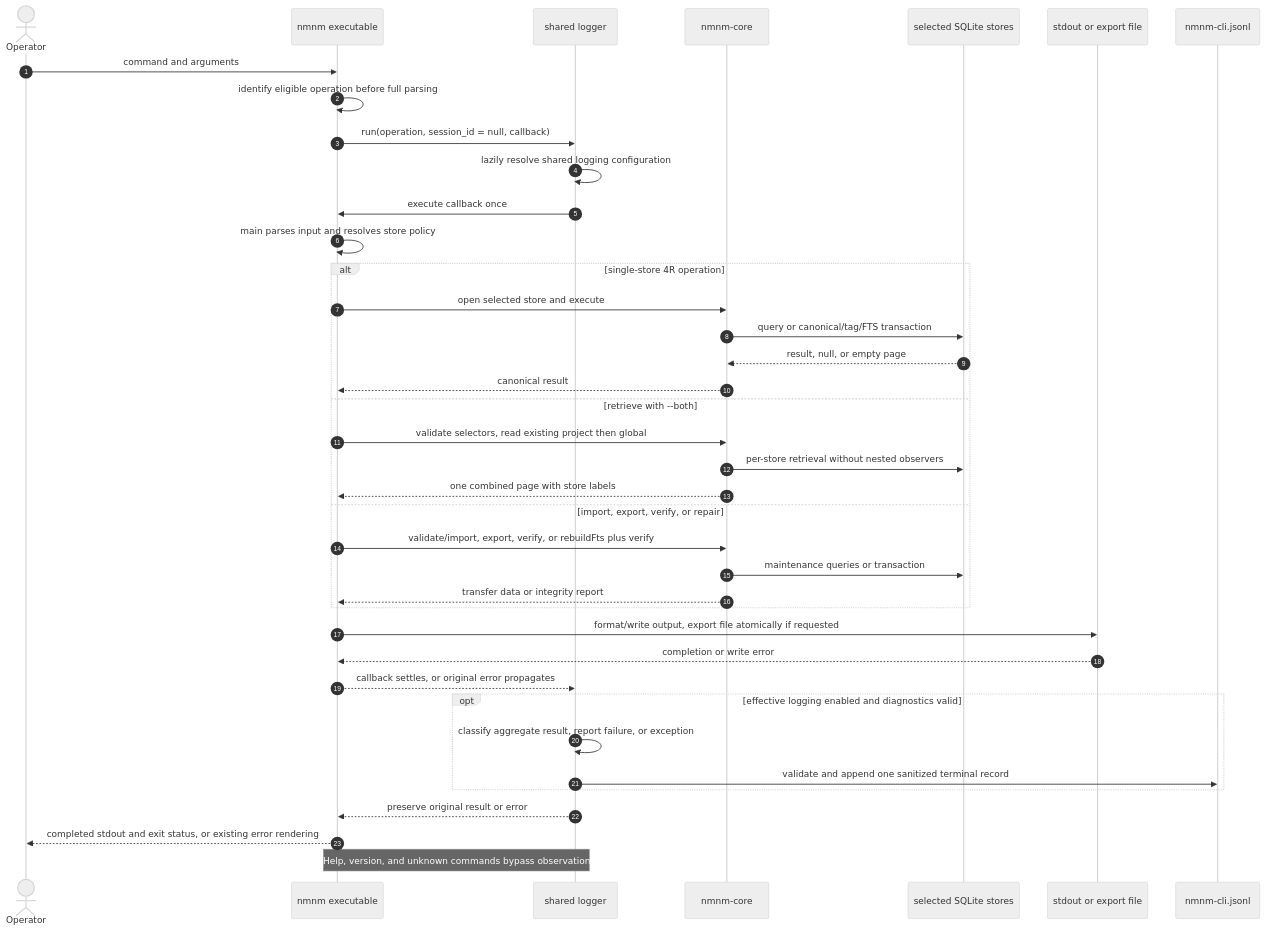
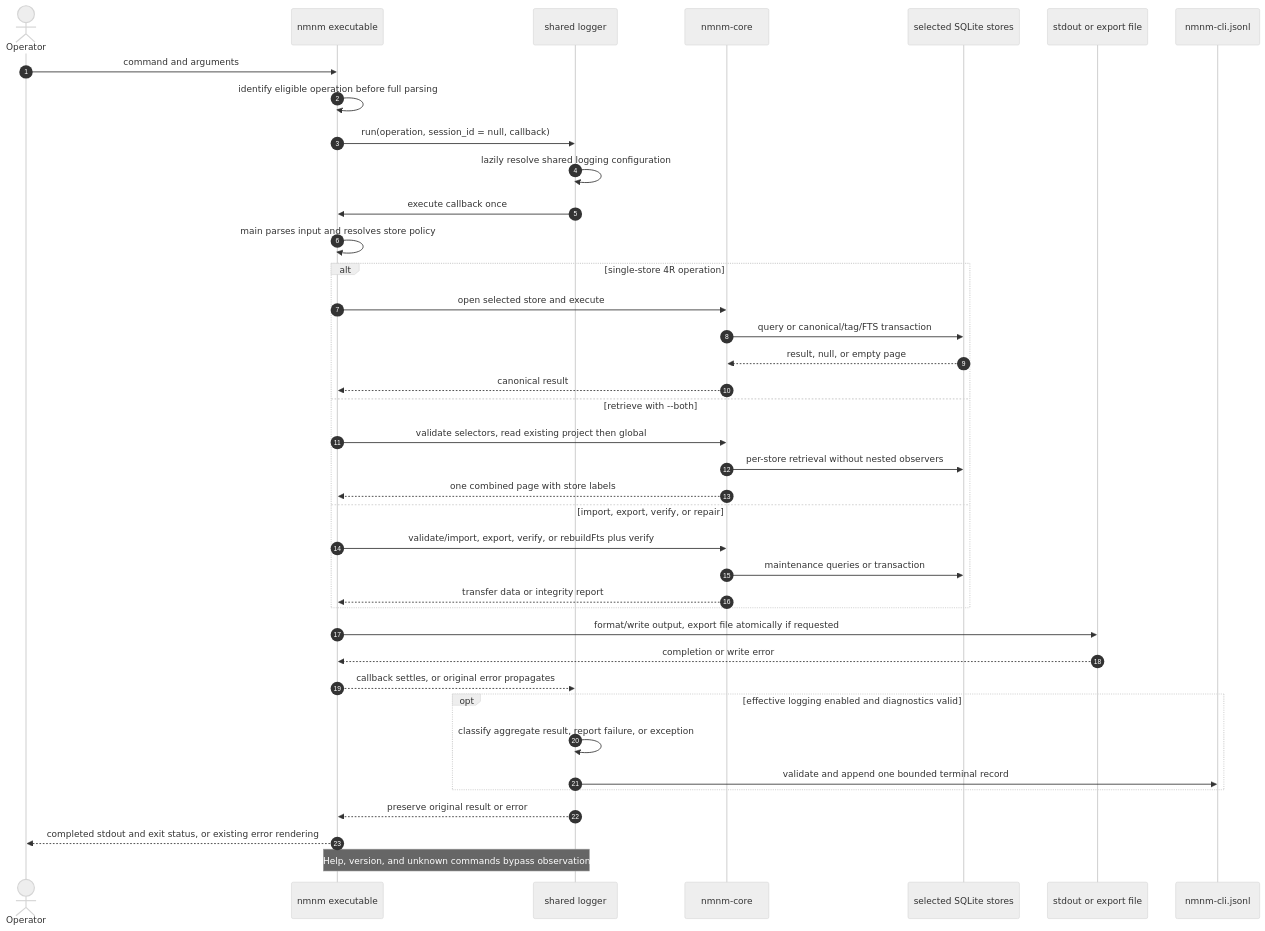
The first of 6 diagrams in docs/SEQUENCE_MEMORY_HANDLING.md (linellazatin/nanomneme), drawn with Mermaid (neutral theme) before and after one commit. The commit also changed other lines of this file and 15 other files, not shown here.

````diff
--- a/docs/SEQUENCE_MEMORY_HANDLING.md
+++ b/docs/SEQUENCE_MEMORY_HANDLING.md
@@ -15,42 +15,42 @@
 ```mermaid
 sequenceDiagram
   autonumber
   actor Operator
   participant CLI as nmnm executable
   participant Logger as shared logger
   participant Core as nmnm-core
   participant DB as selected SQLite stores
   participant Output as stdout or export file
   participant Log as nmnm-cli.jsonl
 
   Operator->>CLI: command and arguments
   CLI->>CLI: identify eligible operation before full parsing
   CLI->>Logger: run(operation, session_id = null, callback)
   Logger->>Logger: lazily resolve shared logging configuration
   Logger->>CLI: execute callback once
   CLI->>CLI: main parses input and resolves store policy
   alt single-store 4R operation
     CLI->>Core: open selected store and execute
     Core->>DB: query or canonical/tag/FTS transaction
     DB-->>Core: result, null, or empty page
     Core-->>CLI: canonical result
   else retrieve with --both
     CLI->>Core: validate selectors, read existing project then global
     Core->>DB: per-store retrieval without nested observers
     Core-->>CLI: one combined page with store labels
   else import, export, verify, or repair
     CLI->>Core: validate/import, export, verify, or rebuildFts plus verify
     Core->>DB: maintenance queries or transaction
     Core-->>CLI: transfer data or integrity report
   end
   CLI->>Output: format/write output, export file atomically if requested
   Output-->>CLI: completion or write error
   CLI-->>Logger: callback settles, or original error propagates
   opt effective logging enabled and diagnostics valid
     Logger->>Logger: classify aggregate result, report failure, or exception
-    Logger->>Log: validate and append one sanitized terminal record
+    Logger->>Log: validate and append one bounded terminal record
   end
   Logger-->>CLI: preserve original result or error
   CLI-->>Operator: completed stdout and exit status, or existing error rendering
   Note over CLI,Logger: Help, version, and unknown commands bypass observation
 ```
````
